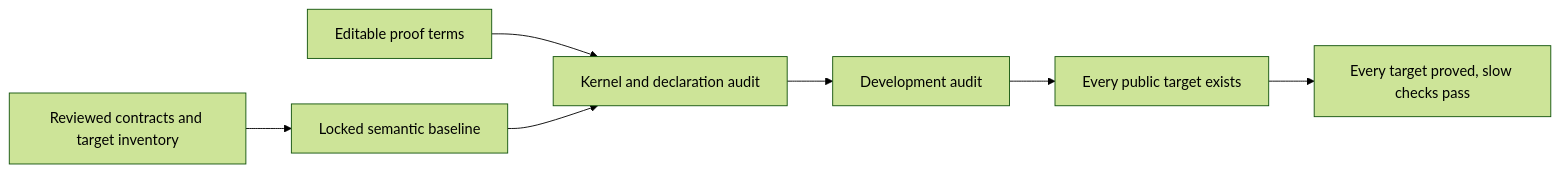
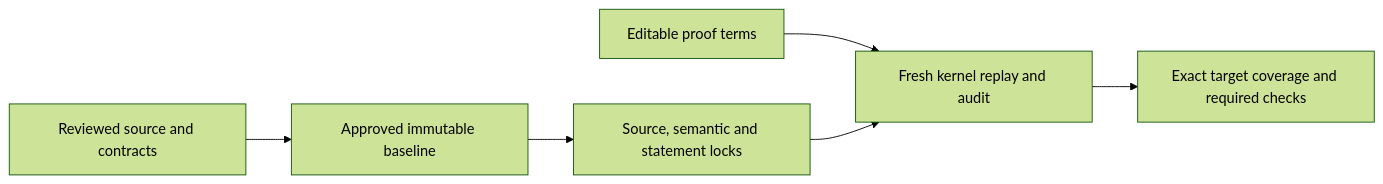
One commit to cla7aye15I4nd/zlib-f changed the diagram in docs/anti-cheating.md. Above: the diagram before and after it, drawn with Mermaid (forest theme). The commit also changed other lines of this file and 95 other files, not shown here.

````diff
--- a/docs/anti-cheating.md
+++ b/docs/anti-cheating.md
@@ -7,9 +11,8 @@
 ```mermaid
 flowchart LR
-    S["Reviewed contracts and target inventory"] --> L["Locked semantic baseline"]
-    P["Editable proof terms"] --> K["Kernel and declaration audit"]
+    C[Reviewed source and contracts] --> B[Approved immutable baseline]
+    B --> L[Source, semantic and statement locks]
+    P[Editable proof terms] --> K[Fresh kernel replay and audit]
     L --> K
-    K --> D["Development audit"]
-    D --> R["Every public target exists"]
-    R --> F["Every target proved, slow checks pass"]
+    K --> F[Exact target coverage and required checks]
 ```
````
